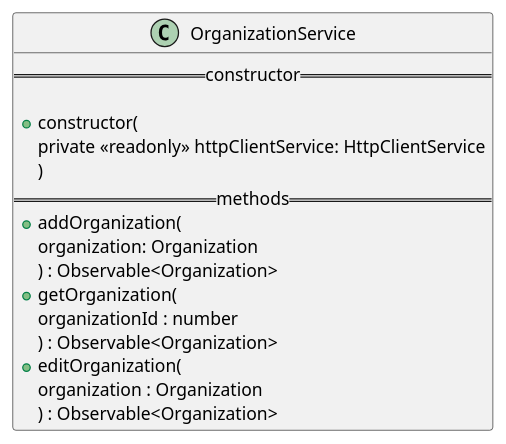
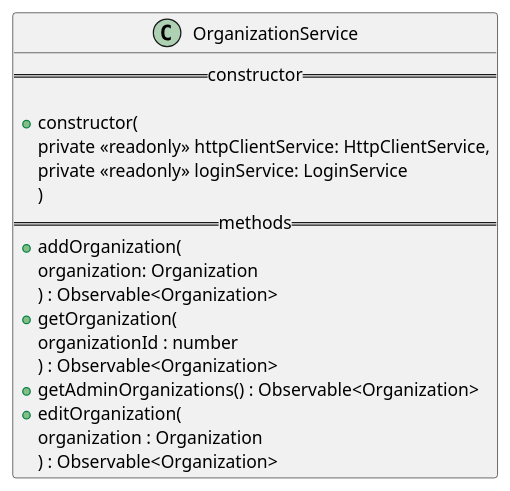
One commit to GruppOne/stalker-web-app changed the diagram in docs/diagrams/services/organizationservice.pu. Above: the diagram before and after it, drawn with PlantUML. The commit also changed 5 other files, not shown here.

Commit message:
docs: update class diagrams

```diff
--- a/docs/diagrams/services/organizationservice.pu
+++ b/docs/diagrams/services/organizationservice.pu
@@ -1,19 +1,21 @@
 @startuml OrganizationService
 class OrganizationService {
   == constructor ==
 
  + constructor(
-   private <<readonly>> httpClientService: HttpClientService
+   private <<readonly>> httpClientService: HttpClientService,
+   private <<readonly>> loginService: LoginService
    )
  == methods ==
  + addOrganization(
    organization: Organization
    ) : Observable<Organization>
  + getOrganization(
    organizationId : number
    ) : Observable<Organization>
+    + getAdminOrganizations() : Observable<Organization>
  + editOrganization(
    organization : Organization
    ) : Observable<Organization>
 }
 @enduml
```
